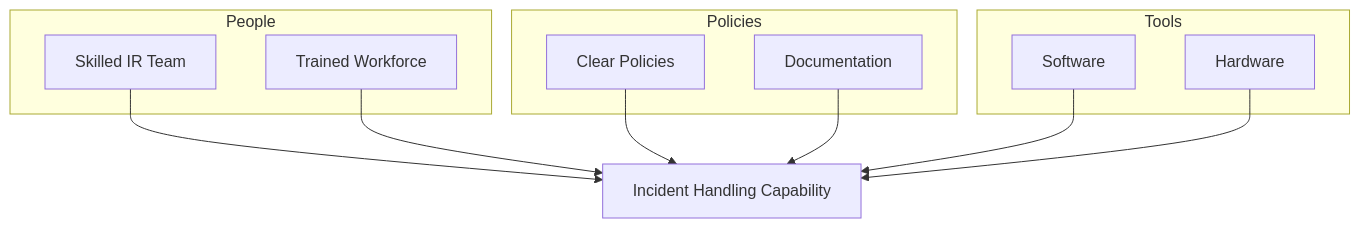
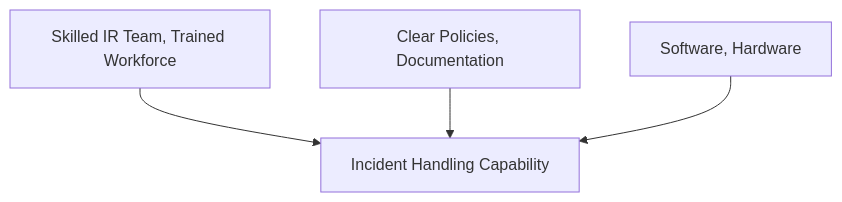
Before and after one commit to manojxshrestha/SOC-Analyst-Cheatsheet: diagram 13 of 28 in 1-Incident-Handling-Process/README.md, drawn with Mermaid. The commit also changed other lines of this file, not shown here.

````diff
--- a/1-Incident-Handling-Process/README.md
+++ b/1-Incident-Handling-Process/README.md
@@ -479,24 +436,11 @@
 ```mermaid
-graph TD
-    subgraph "People"
-        P1[Skilled IR Team]
-        P2[Trained Workforce]
-    end
+flowchart TD
+    People --> Capability
+    Policies --> Capability
+    Tools --> Capability
     
-    subgraph "Policies"
-        P3[Clear Policies]
-        P4[Documentation]
-    end
-    
-    subgraph "Tools"
-        P5[Software]
-        P6[Hardware]
-    end
-    
-    P1 --> Result[Incident Handling Capability]
-    P2 --> Result
-    P3 --> Result
-    P4 --> Result
-    P5 --> Result
-    P6 --> Result
+    People[Skilled IR Team, Trained Workforce]
+    Policies[Clear Policies, Documentation]
+    Tools[Software, Hardware]
+    Capability[Incident Handling Capability]
 ```
````
